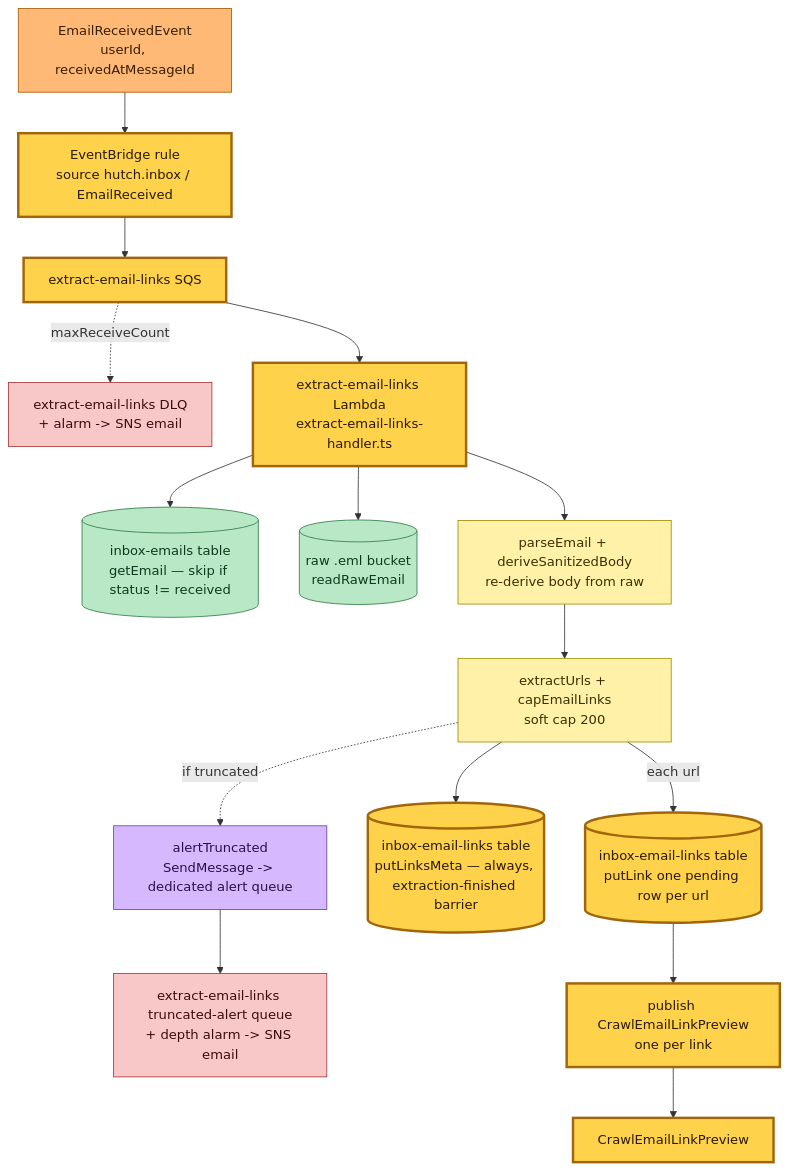
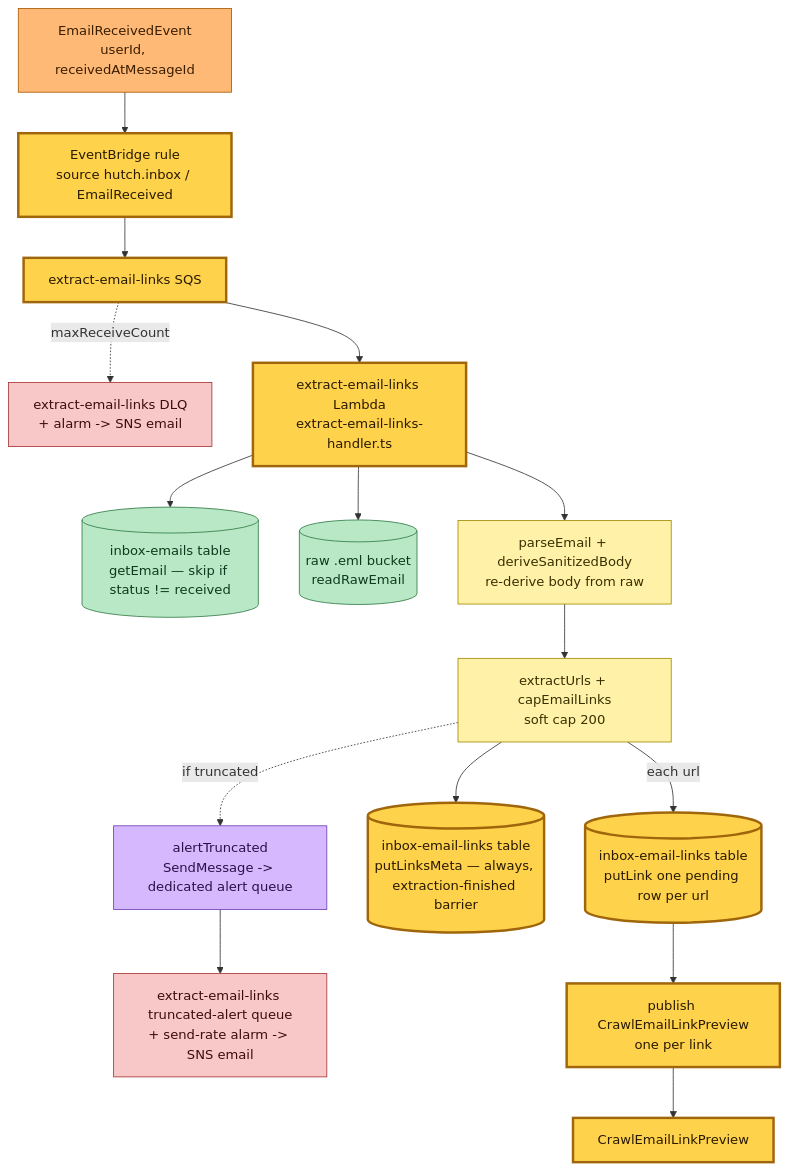
The first of 3 diagrams in .architecture/2026-06-28-cd26b26/link-previews.md (Readplace/readplace.com), drawn with Mermaid before and after one commit. The commit also changed other lines of this file and 2 other files, not shown here.

Commit message:
fix(infra): alarm truncation alert queue on send rate, not depth
The extract-email-links truncated-alert queue has no consumer, so an
ApproximateNumberOfMessagesVisible>=1 depth alarm stayed in ALARM until
the message expired 14 days later (or an operator purged it), and a second
truncation while already in ALARM never re-notified.

Switch the alarm to the NumberOfMessagesSent count metric with
treatMissingData "notBreaching": it has a datapoint only in the period a
message is enqueued, so the alarm fires on each truncation burst and
auto-resets the next empty period — re-firing for the next burst. The queue
is retained as a 14-day audit trail of truncated emails; its retained
messages no longer pin the alarm in ALARM.

Claude-Session: https://claude.ai/code/session_01KHoW3Sts7EF2b7WV6MkM8a

````diff
--- a/.architecture/2026-06-28-cd26b26/link-previews.md
+++ b/.architecture/2026-06-28-cd26b26/link-previews.md
@@ -47,37 +47,37 @@
 ```mermaid
 flowchart TD
 	classDef command fill:#a6d8ff,stroke:#1e6fb8,color:#06243b;
 	classDef system fill:#fff2a8,stroke:#a08a00,color:#3a3000;
 	classDef event fill:#ffb976,stroke:#a85800,color:#3a1e00;
 	classDef policy fill:#d6b8ff,stroke:#6b3fb0,color:#2a1147;
 	classDef store fill:#b8e8c5,stroke:#2f7a45,color:#0f3a1f;
 	classDef queue fill:#e8e8e8,stroke:#666,color:#222;
 	classDef dlq fill:#f8c8c8,stroke:#a83434,color:#3a0d0d;
 	classDef new fill:#ffd24c,stroke:#a0660b,stroke-width:3px,color:#2a1a00;
 
 	ERE[EmailReceivedEvent<br/>userId, receivedAtMessageId]:::event
 	rule[EventBridge rule<br/>source hutch.inbox / EmailReceived]:::new
 	q[extract-email-links SQS]:::new
 	dlq[extract-email-links DLQ<br/>+ alarm -> SNS email]:::dlq
 	h[extract-email-links Lambda<br/>extract-email-links-handler.ts]:::new
 
 	getEmail[(inbox-emails table<br/>getEmail — skip if status != received)]:::store
 	rawS3[(raw .eml bucket<br/>readRawEmail)]:::store
 	derive[parseEmail + deriveSanitizedBody<br/>re-derive body from raw]:::system
 	extract[extractUrls + capEmailLinks<br/>soft cap 200]:::system
 	putLink[(inbox-email-links table<br/>putLink one pending row per url)]:::new
 	meta[(inbox-email-links table<br/>putLinksMeta — always, extraction-finished barrier)]:::new
 	alert[alertTruncated<br/>SendMessage -> dedicated alert queue]:::policy
-	alertq[extract-email-links truncated-alert queue<br/>+ depth alarm -> SNS email]:::dlq
+	alertq[extract-email-links truncated-alert queue<br/>+ send-rate alarm -> SNS email]:::dlq
 	pub[publish CrawlEmailLinkPreview<br/>one per link]:::new
 
 	ERE --> rule --> q --> h
 	q -. maxReceiveCount .-> dlq
 	h --> getEmail
 	h --> rawS3
 	h --> derive --> extract
 	extract -->|each url| putLink --> pub
 	extract --> meta
 	extract -. if truncated .-> alert --> alertq
 	pub --> CELP[CrawlEmailLinkPreview]:::new
 ```
````
